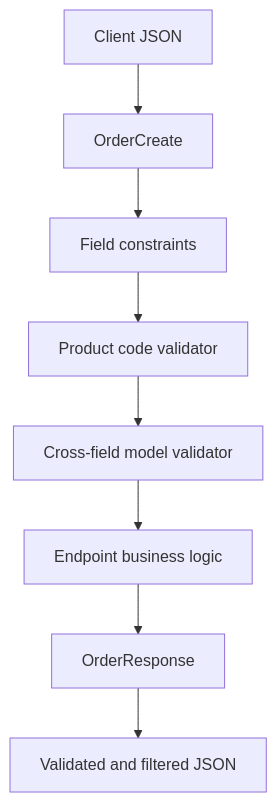
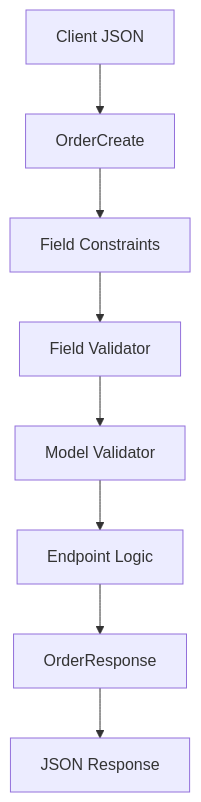
The third of 3 diagrams in src/content/fastapi/pydantic-models-validation.md (AvadhBhalodiya/Interview-Preparation), drawn with Mermaid before and after one commit. The commit also changed other lines of this file and 80 other files, not shown here.

````diff
--- a/src/content/fastapi/pydantic-models-validation.md
+++ b/src/content/fastapi/pydantic-models-validation.md
@@ -1439,10 +767,10 @@
 ```mermaid
 flowchart TD
     A[Client JSON] --> B[OrderCreate]
-    B --> C[Field constraints]
-    C --> D[Product code validator]
-    D --> E[Cross-field model validator]
-    E --> F[Endpoint business logic]
+    B --> C[Field Constraints]
+    C --> D[Field Validator]
+    D --> E[Model Validator]
+    E --> F[Endpoint Logic]
     F --> G[OrderResponse]
-    G --> H[Validated and filtered JSON]
+    G --> H[JSON Response]
 ```
````
